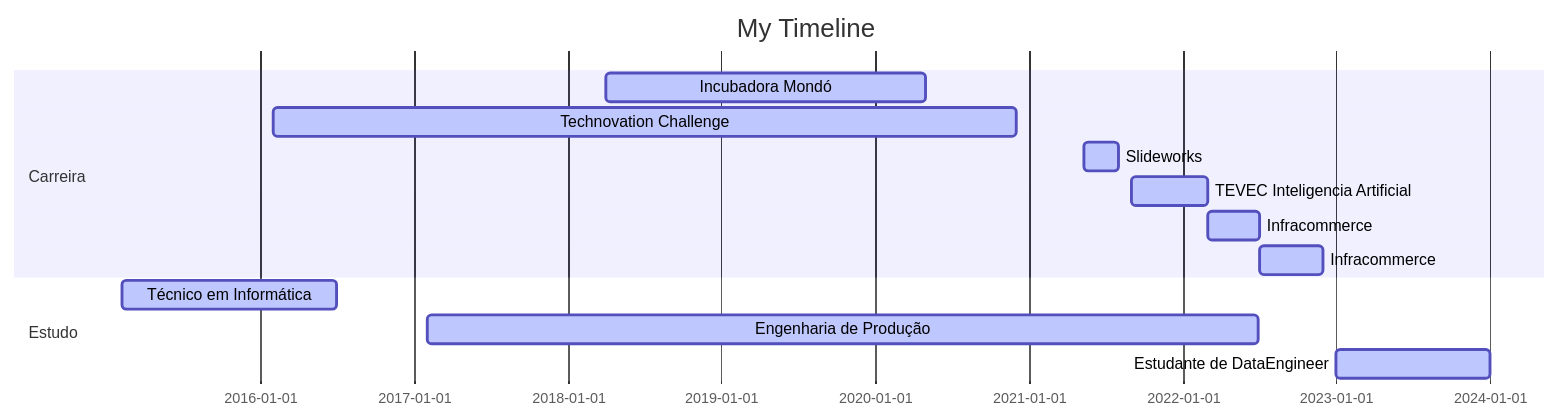
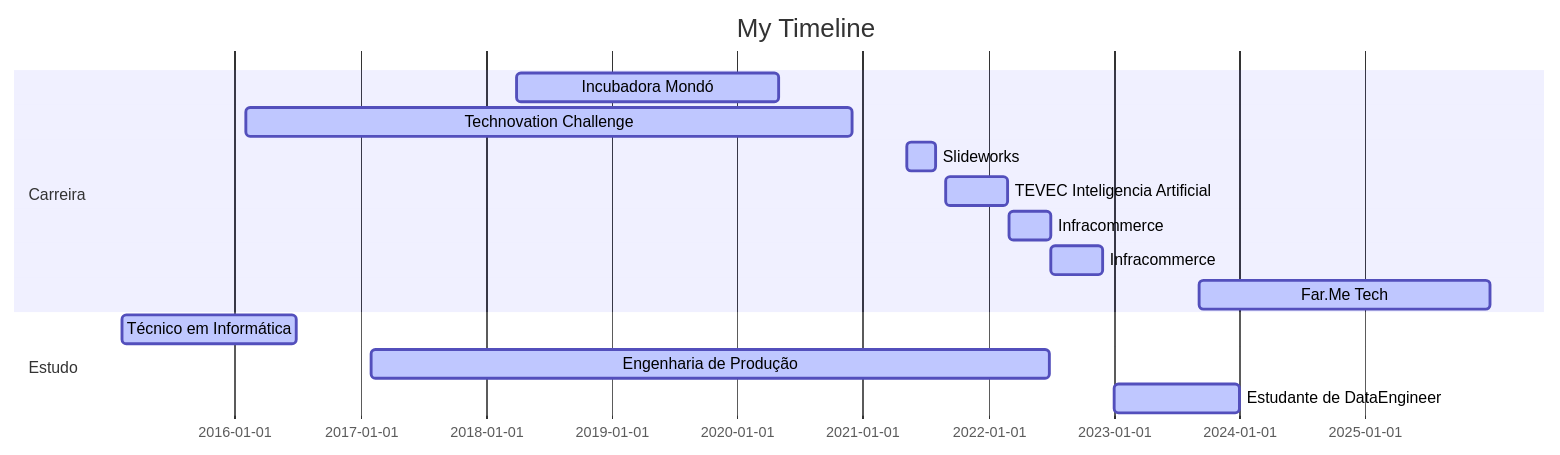
The diagram in README.md (MariiMartins/mariimartins), drawn with Mermaid before and after one commit. The commit also changed other lines of this file, not shown here.

Commit message:
Atualização do README

````diff
--- a/README.md
+++ b/README.md
@@ -62,20 +63,21 @@
 ``` mermaid
 
 gantt
 dateFormat  YYYY-MM-DD
 title My Timeline
 
 section Carreira
 Incubadora Mondó        :active,, 2018-04-02,2020-04-30
 Technovation Challenge        :active,, 2016-02-02,2020-11-30
 Slideworks        :active,, 2021-05-10,2021-07-31
 TEVEC Inteligencia Artificial       :active,, 2021-09-01,2022-02-28
 Infracommerce           :active,, 2022-03-01,2022-07-01
 Infracommerce          :active,, 2022-07-01,2022-12-01
+Far.Me Tech          : active,, 2023-09-05, 2025-12-31
 
 
 section Estudo
 Técnico em Informática    :active,, 2015-02-07,2016-06-30
 Engenharia de Produção  :active,, 2017-02-01,2022-06-30
 Estudante de DataEngineer :active,, 2023-01-01,2024-01-01
 ```
````
